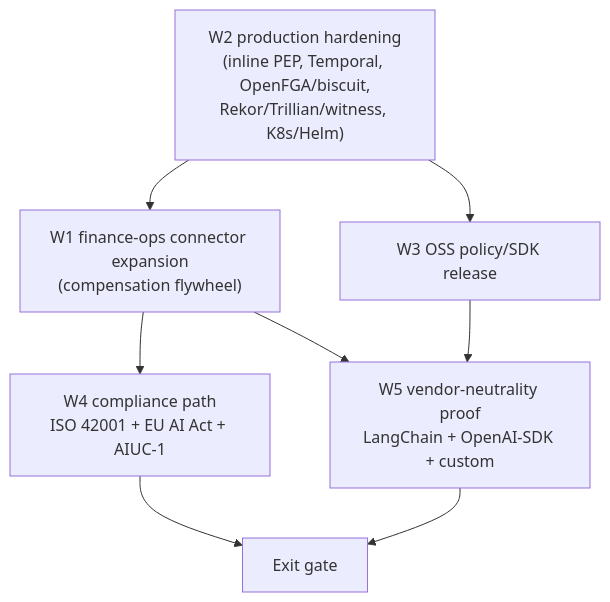
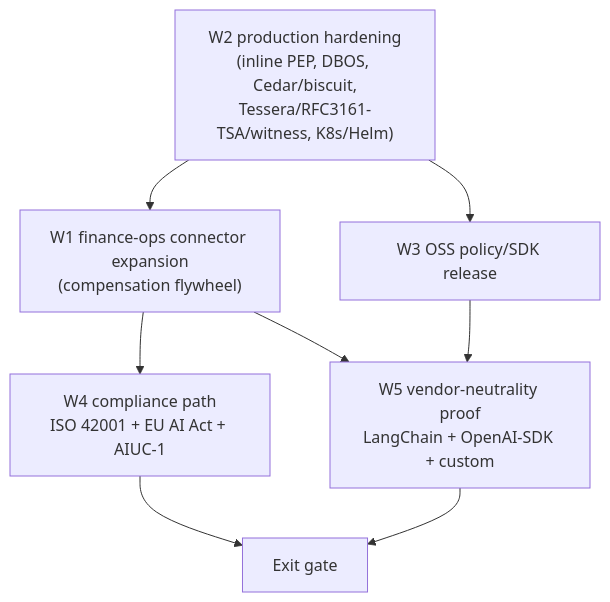
The second of 2 diagrams in docs/roadmap/phase-1-scale.md (HodeTech/provna), drawn with Mermaid before and after one commit. The commit also changed other lines of this file and 24 other files, not shown here.

````diff
--- a/docs/roadmap/phase-1-scale.md
+++ b/docs/roadmap/phase-1-scale.md
@@ -68,10 +68,10 @@
 ```mermaid
 flowchart TD
-    W2["W2 production hardening\n(inline PEP, Temporal, OpenFGA/biscuit,\nRekor/Trillian/witness, K8s/Helm)"] --> W1
+    W2["W2 production hardening\n(inline PEP, DBOS, Cedar/biscuit,\nTessera/RFC3161-TSA/witness, K8s/Helm)"] --> W1
     W1["W1 finance-ops connector expansion\n(compensation flywheel)"] --> W5
     W2 --> W3["W3 OSS policy/SDK release"]
     W3 --> W5["W5 vendor-neutrality proof\nLangChain + OpenAI-SDK + custom"]
     W1 --> W4["W4 compliance path\nISO 42001 + EU AI Act + AIUC-1"]
     W4 --> EXIT["Exit gate"]
     W5 --> EXIT
 ```
````
